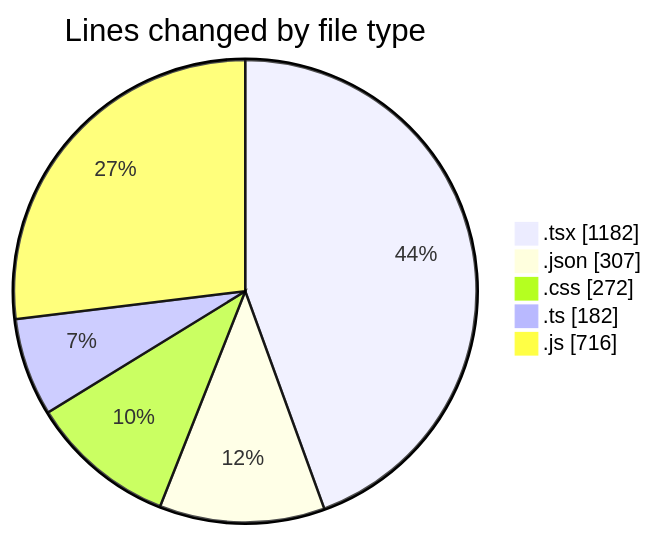
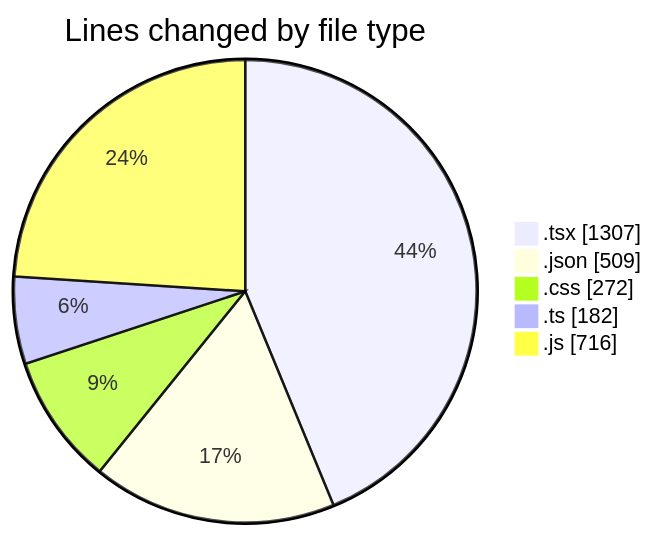
One commit to Elitesun/code-tracking changed the first of 2 diagrams in 2025-05-04/niten/README.md. Above: the diagram before and after it, drawn with Mermaid. The commit also changed other lines of this file and 1 other file, not shown here.

````diff
--- a/2025-05-04/niten/README.md
+++ b/2025-05-04/niten/README.md
@@ -47,9 +47,9 @@
 ```mermaid
 pie showData
 title Lines changed by file type
-".tsx" : 1182
-".json" : 307
+".tsx" : 1307
+".json" : 509
 ".css" : 272
 ".ts" : 182
 ".js" : 716
 ```
````
